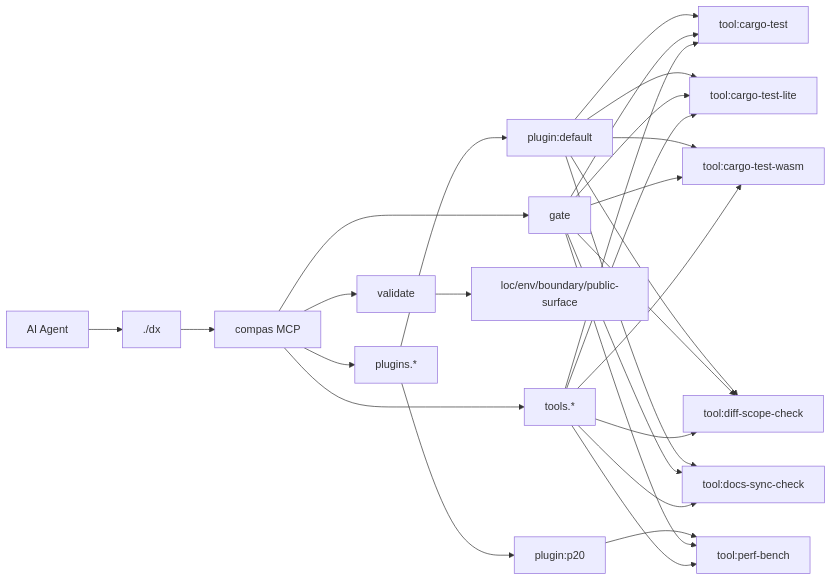
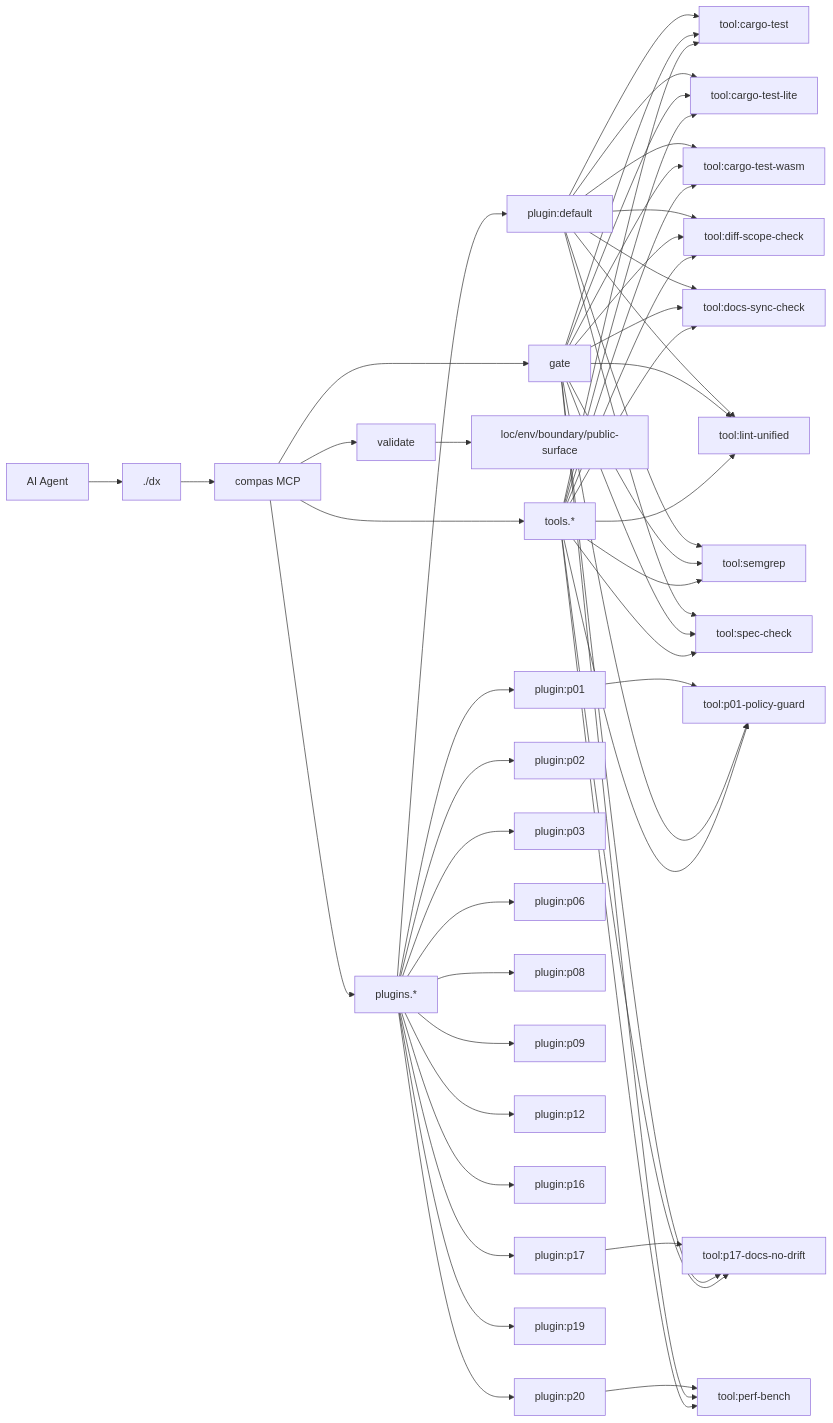
One commit to AmirTlinov/compas changed the diagram in AGENTS.md. Above: the diagram before and after it, drawn with Mermaid. The commit also changed other lines of this file and 1 other file, not shown here.

Commit message:
chore: rebase feat/p20-e2e-run_20260221_183716 on main and sync docs

````diff
--- a/AGENTS.md
+++ b/AGENTS.md
@@ -53,30 +68,55 @@
 ```mermaid
 flowchart LR
   Agent[AI Agent] --> DX[./dx]
   DX --> MCP[compas MCP]
   MCP --> V[validate]
   MCP --> G[gate]
   MCP --> PL[plugins.*]
   MCP --> TL[tools.*]
   V --> C1[loc/env/boundary/public-surface]
   PL --> P_default["plugin:default"]
   P_default --> T_cargo_test["tool:cargo-test"]
   G --> T_cargo_test
   P_default --> T_cargo_test_lite["tool:cargo-test-lite"]
   G --> T_cargo_test_lite
   P_default --> T_cargo_test_wasm["tool:cargo-test-wasm"]
   G --> T_cargo_test_wasm
   P_default --> T_diff_scope_check["tool:diff-scope-check"]
   G --> T_diff_scope_check
   P_default --> T_docs_sync_check["tool:docs-sync-check"]
   G --> T_docs_sync_check
+  P_default --> T_lint_unified["tool:lint-unified"]
+  G --> T_lint_unified
+  P_default --> T_semgrep["tool:semgrep"]
+  G --> T_semgrep
+  P_default --> T_spec_check["tool:spec-check"]
+  G --> T_spec_check
+  PL --> P_p01["plugin:p01"]
+  P_p01 --> T_p01_policy_guard["tool:p01-policy-guard"]
+  G --> T_p01_policy_guard
+  PL --> P_p02["plugin:p02"]
+  PL --> P_p03["plugin:p03"]
+  PL --> P_p06["plugin:p06"]
+  PL --> P_p08["plugin:p08"]
+  PL --> P_p09["plugin:p09"]
+  PL --> P_p12["plugin:p12"]
+  PL --> P_p16["plugin:p16"]
+  PL --> P_p17["plugin:p17"]
+  P_p17 --> T_p17_docs_no_drift["tool:p17-docs-no-drift"]
+  G --> T_p17_docs_no_drift
+  PL --> P_p19["plugin:p19"]
   PL --> P_p20["plugin:p20"]
   P_p20 --> T_perf_bench["tool:perf-bench"]
   G --> T_perf_bench
   TL --> T_cargo_test
   TL --> T_cargo_test_lite
   TL --> T_cargo_test_wasm
   TL --> T_diff_scope_check
   TL --> T_docs_sync_check
+  TL --> T_lint_unified
+  TL --> T_p01_policy_guard
+  TL --> T_p17_docs_no_drift
   TL --> T_perf_bench
+  TL --> T_semgrep
+  TL --> T_spec_check
 ```
````
